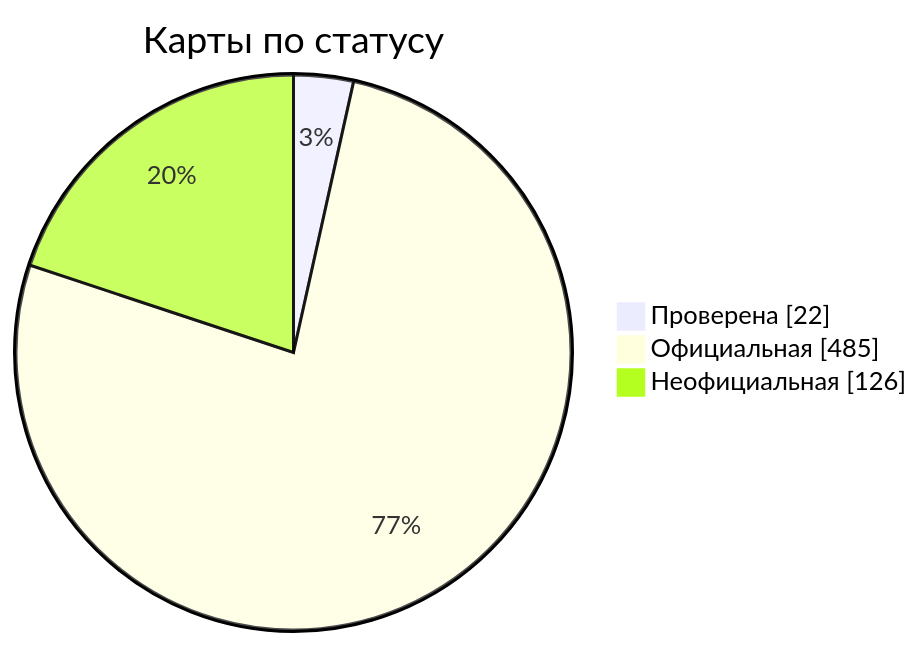
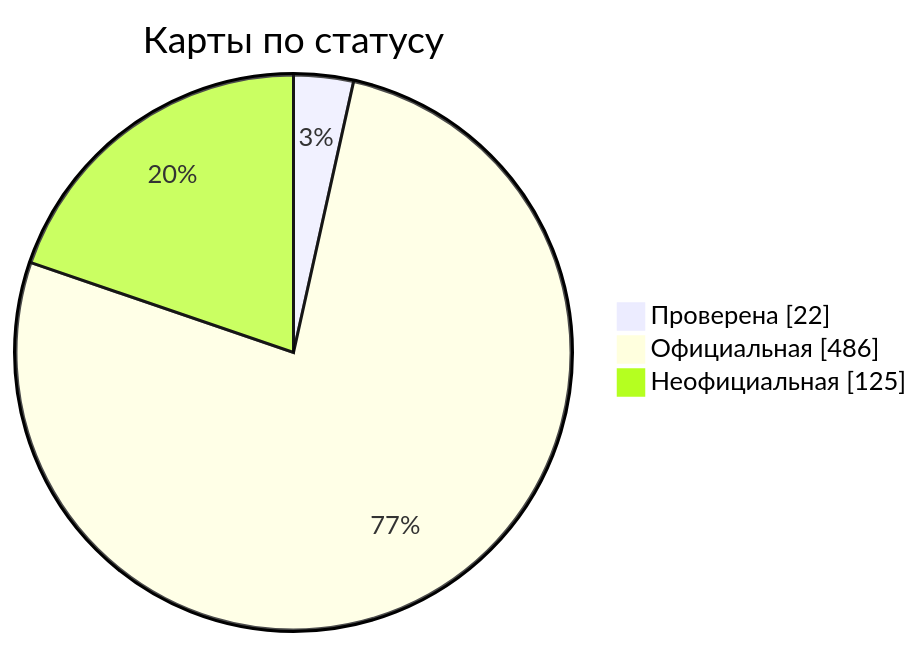
Before and after one commit to nobrega8/mbmap-library: the diagram in docs/readme/README_RU.md, drawn with Mermaid. The commit also changed 6 other files, not shown here.

````diff
--- a/docs/readme/README_RU.md
+++ b/docs/readme/README_RU.md
@@ -54,7 +54,7 @@
 ```mermaid
 pie showData
     title Карты по статусу
     "Проверена" : 22
-    "Официальная" : 485
-    "Неофициальная" : 126
+    "Официальная" : 486
+    "Неофициальная" : 125
 ```
````
